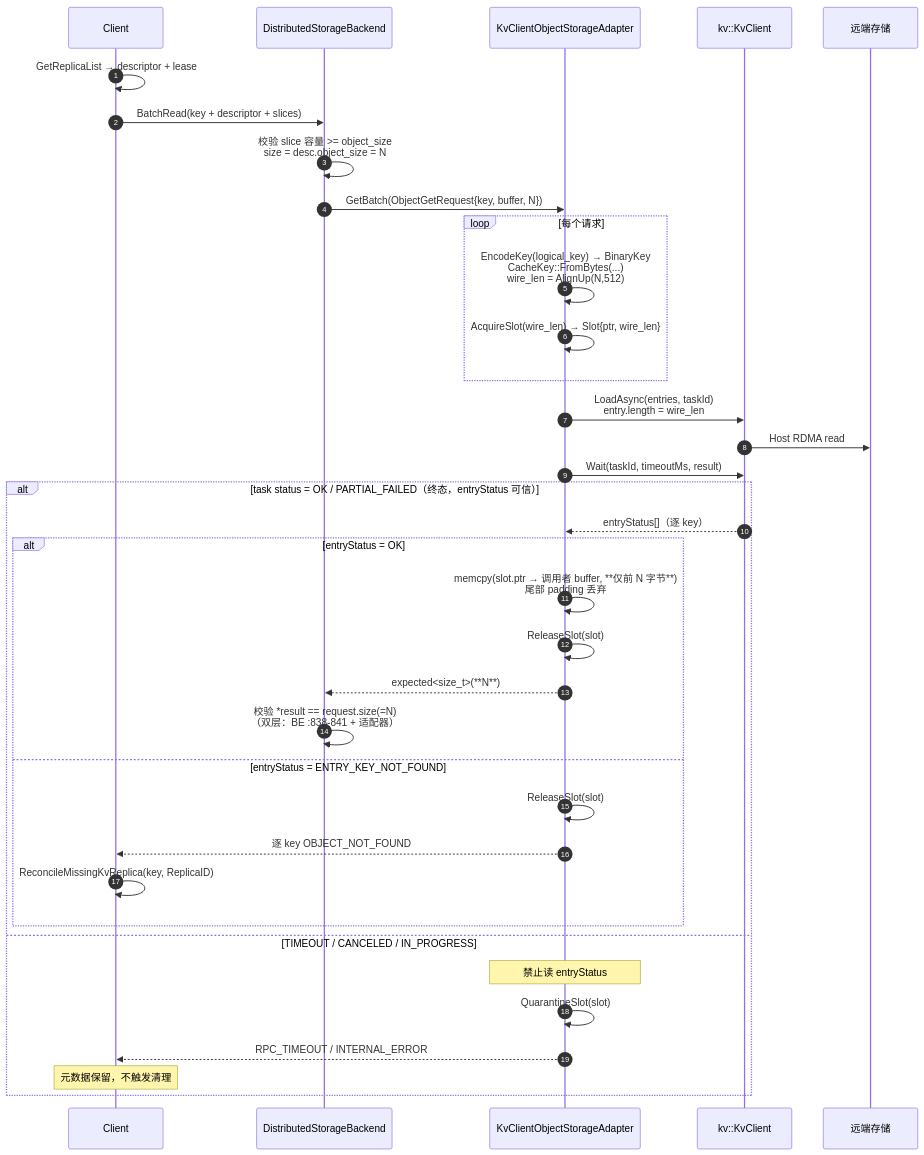
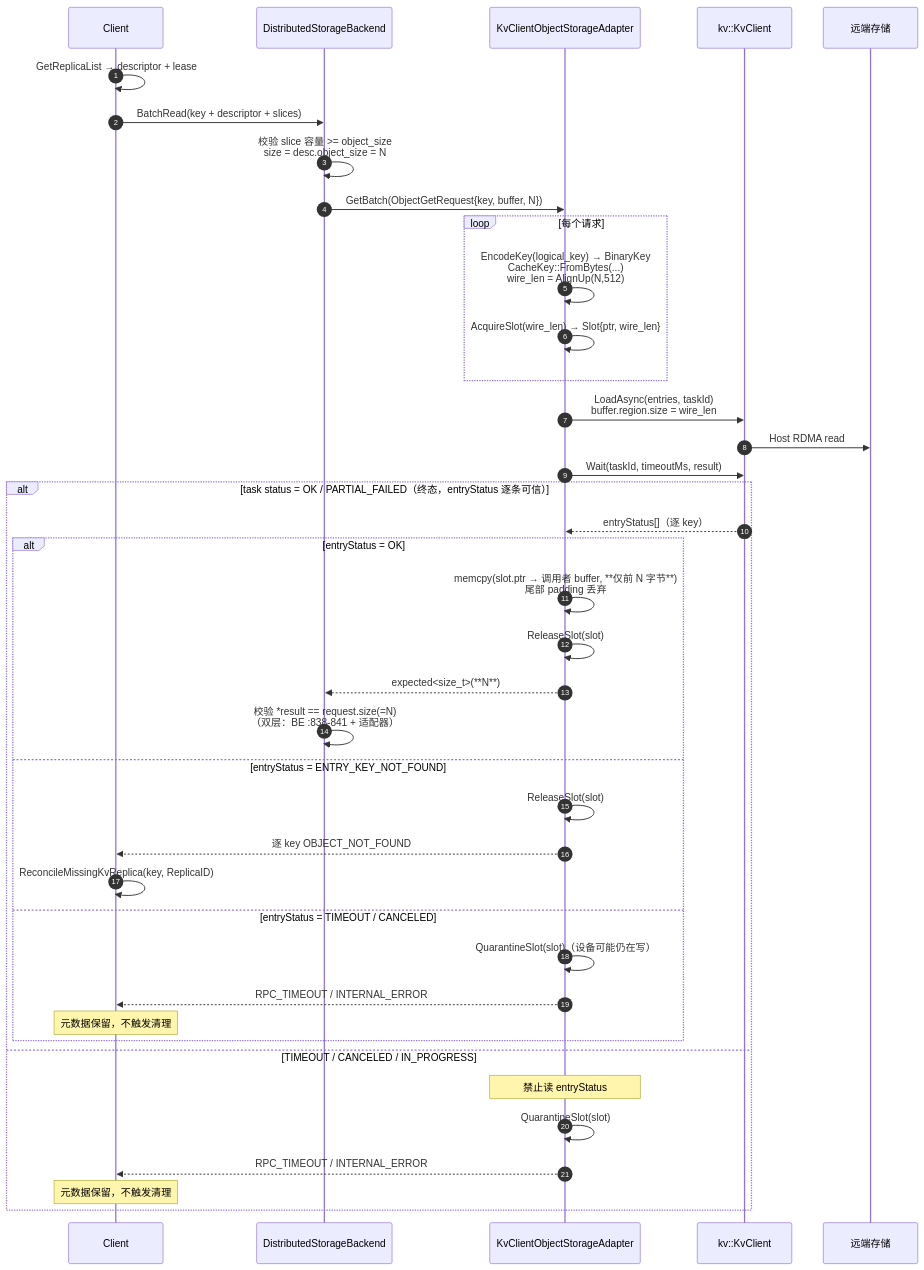
Before and after one commit to zwj20000328-dotcom/Mooncake-documents: the tenth of 13 diagrams in Mooncake + KVClient L3 接入（Kvcs）- v3.md, drawn with Mermaid. The commit also changed other lines of this file, not shown here.

First line of the commit message:
docs: dispose staging slots by entry status; pin key seed to SDK 5381

````diff
--- a/Mooncake + KVClient L3 接入（Kvcs）- v3.md
+++ b/Mooncake + KVClient L3 接入（Kvcs）- v3.md
@@ -675,39 +638,43 @@
 ```mermaid
 sequenceDiagram
     autonumber
     participant C as Client
     participant BE as DistributedStorageBackend
     participant AD as KvClientObjectStorageAdapter
     participant SDK as kv::KvClient
     participant S as 远端存储
 
     C->>C: GetReplicaList → descriptor + lease
     C->>BE: BatchRead(key + descriptor + slices)
     BE->>BE: 校验 slice 容量 >= object_size<br/>size = desc.object_size = N
     BE->>AD: GetBatch(ObjectGetRequest{key, buffer, N})
     loop 每个请求
         AD->>AD: EncodeKey(logical_key) → BinaryKey<br/>CacheKey::FromBytes(...)<br/>wire_len = AlignUp(N,512)
         AD->>AD: AcquireSlot(wire_len) → Slot{ptr, wire_len}
     end
-    AD->>SDK: LoadAsync(entries, taskId)<br/>entry.length = wire_len
+    AD->>SDK: LoadAsync(entries, taskId)<br/>buffer.region.size = wire_len
     SDK->>S: Host RDMA read
     AD->>SDK: Wait(taskId, timeoutMs, result)
-    alt task status = OK / PARTIAL_FAILED（终态，entryStatus 可信）
+    alt task status = OK / PARTIAL_FAILED（终态，entryStatus 逐条可信）
         SDK-->>AD: entryStatus[]（逐 key）
         alt entryStatus = OK
             AD->>AD: memcpy(slot.ptr → 调用者 buffer, **仅前 N 字节**)<br/>尾部 padding 丢弃
             AD->>AD: ReleaseSlot(slot)
             AD-->>BE: expected<size_t>(**N**)
             BE->>BE: 校验 *result == request.size(=N)<br/>（双层：BE :838-841 + 适配器）
         else entryStatus = ENTRY_KEY_NOT_FOUND
             AD->>AD: ReleaseSlot(slot)
             AD-->>C: 逐 key OBJECT_NOT_FOUND
             C->>C: ReconcileMissingKvReplica(key, ReplicaID)
+        else entryStatus = TIMEOUT / CANCELED
+            AD->>AD: QuarantineSlot(slot)（设备可能仍在写）
+            AD-->>C: RPC_TIMEOUT / INTERNAL_ERROR
+            Note over C: 元数据保留，不触发清理
         end
     else TIMEOUT / CANCELED / IN_PROGRESS
         Note over AD: 禁止读 entryStatus
         AD->>AD: QuarantineSlot(slot)
         AD-->>C: RPC_TIMEOUT / INTERNAL_ERROR
         Note over C: 元数据保留，不触发清理
     end
 ```
````
